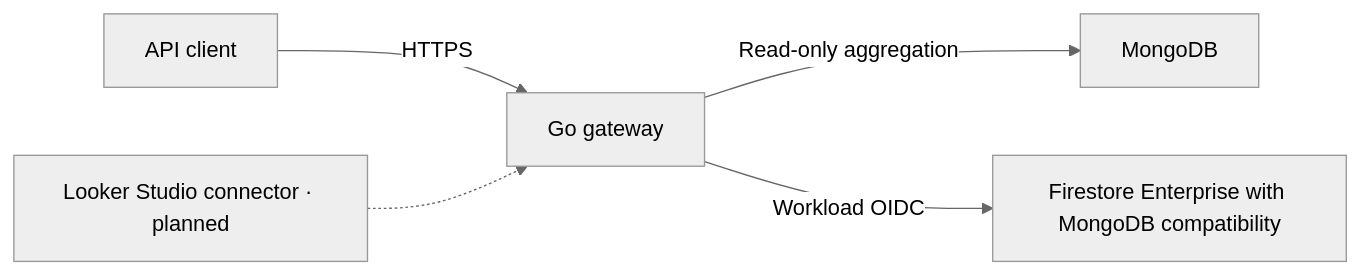
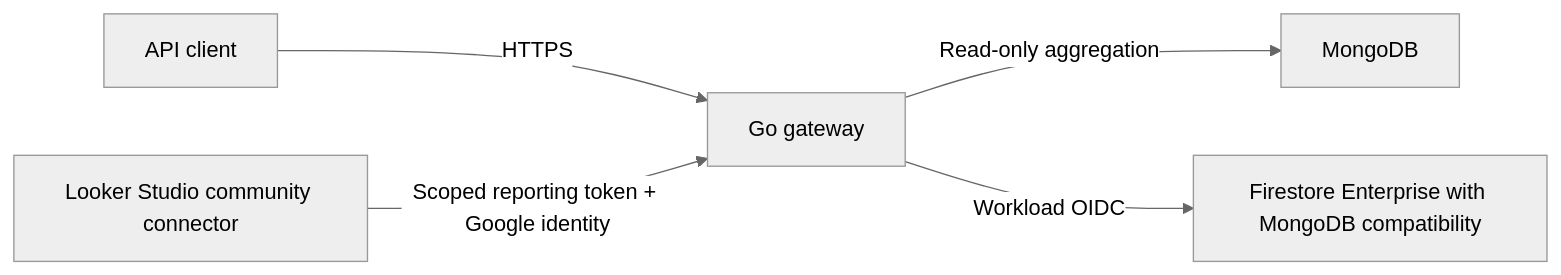
One commit to Hexcss/mongo-looker-connector changed the diagram in README.md. Above: the diagram before and after it, drawn with Mermaid (neutral theme). The commit also changed other lines of this file and 5 other files, not shown here.

````diff
--- a/README.md
+++ b/README.md
@@ -43,7 +43,7 @@
 ```mermaid
 flowchart LR
     client["API client"] -->|HTTPS| gateway["Go gateway"]
-    looker["Looker Studio connector · planned"] -.-> gateway
+    looker["Looker Studio community connector"] -->|Scoped reporting token + Google identity| gateway
     gateway -->|Read-only aggregation| mongo["MongoDB"]
     gateway -->|Workload OIDC| firestore["Firestore Enterprise with MongoDB compatibility"]
 ```
````
